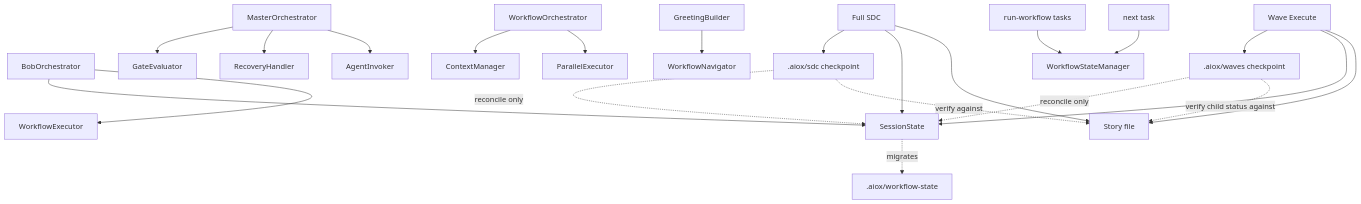
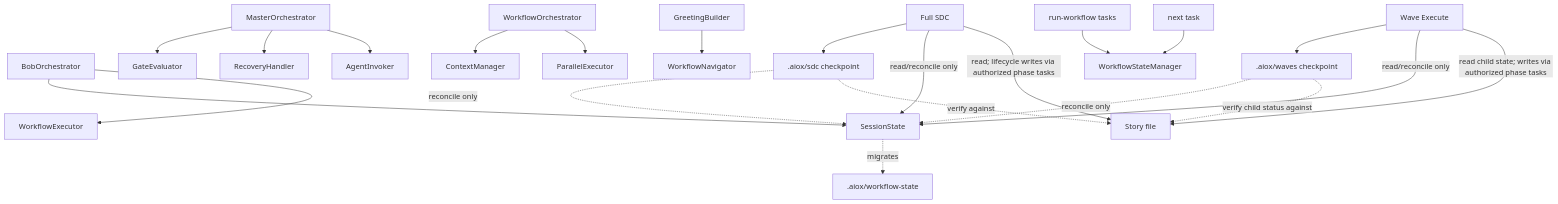
Before and after one commit to SynkraAI/aios-core: the diagram in docs/architecture/orchestration-hierarchy.md, drawn with Mermaid. The commit also changed 24 other files, not shown here.

````diff
--- a/docs/architecture/orchestration-hierarchy.md
+++ b/docs/architecture/orchestration-hierarchy.md
@@ -73,24 +73,24 @@
 ```mermaid
 graph TD
     Bob[BobOrchestrator] --> SessionState[SessionState]
     Bob --> WorkflowExecutor[WorkflowExecutor]
     Master[MasterOrchestrator] --> Gates[GateEvaluator]
     Master --> Recovery[RecoveryHandler]
     Master --> AgentInvoker[AgentInvoker]
     WorkflowOrchestrator[WorkflowOrchestrator] --> ContextManager[ContextManager]
     WorkflowOrchestrator --> ParallelExecutor[ParallelExecutor]
     Greeting[GreetingBuilder] --> Navigator[WorkflowNavigator]
     FullSDC[Full SDC] --> SDCCheckpoint[".aiox/sdc checkpoint"]
     WaveExecute[Wave Execute] --> WaveCheckpoint[".aiox/waves checkpoint"]
-    FullSDC --> SessionState
-    WaveExecute --> SessionState
-    FullSDC --> StoryFile[Story file]
-    WaveExecute --> StoryFile
+    FullSDC -->|read/reconcile only| SessionState
+    WaveExecute -->|read/reconcile only| SessionState
+    FullSDC -->|read; lifecycle writes via authorized phase tasks| StoryFile[Story file]
+    WaveExecute -->|read child state; writes via authorized phase tasks| StoryFile
     SDCCheckpoint -.->|reconcile only| SessionState
     WaveCheckpoint -.->|reconcile only| SessionState
     SDCCheckpoint -.->|verify against| StoryFile
     WaveCheckpoint -.->|verify child status against| StoryFile
     RunWorkflow[run-workflow tasks] --> LegacyState[WorkflowStateManager]
     Next[next task] --> LegacyState
     SessionState -. migrates .-> LegacyDir[.aiox/workflow-state]
 ```
````
